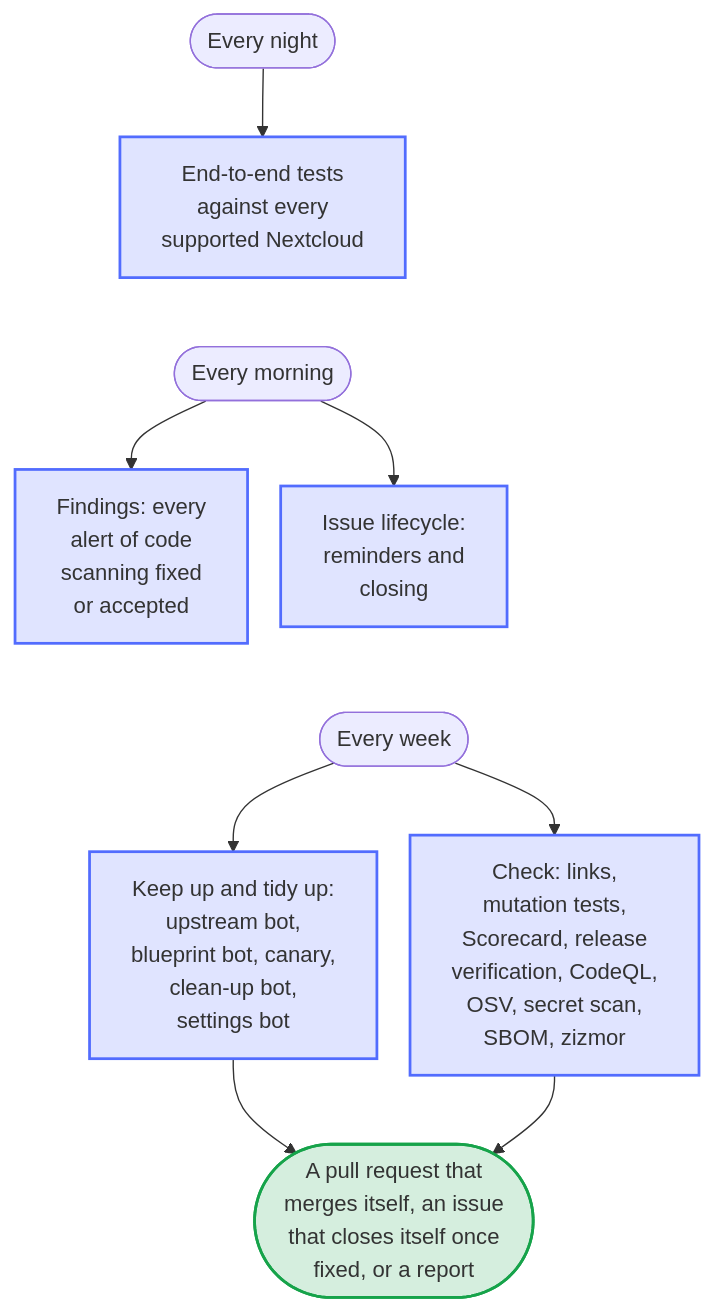
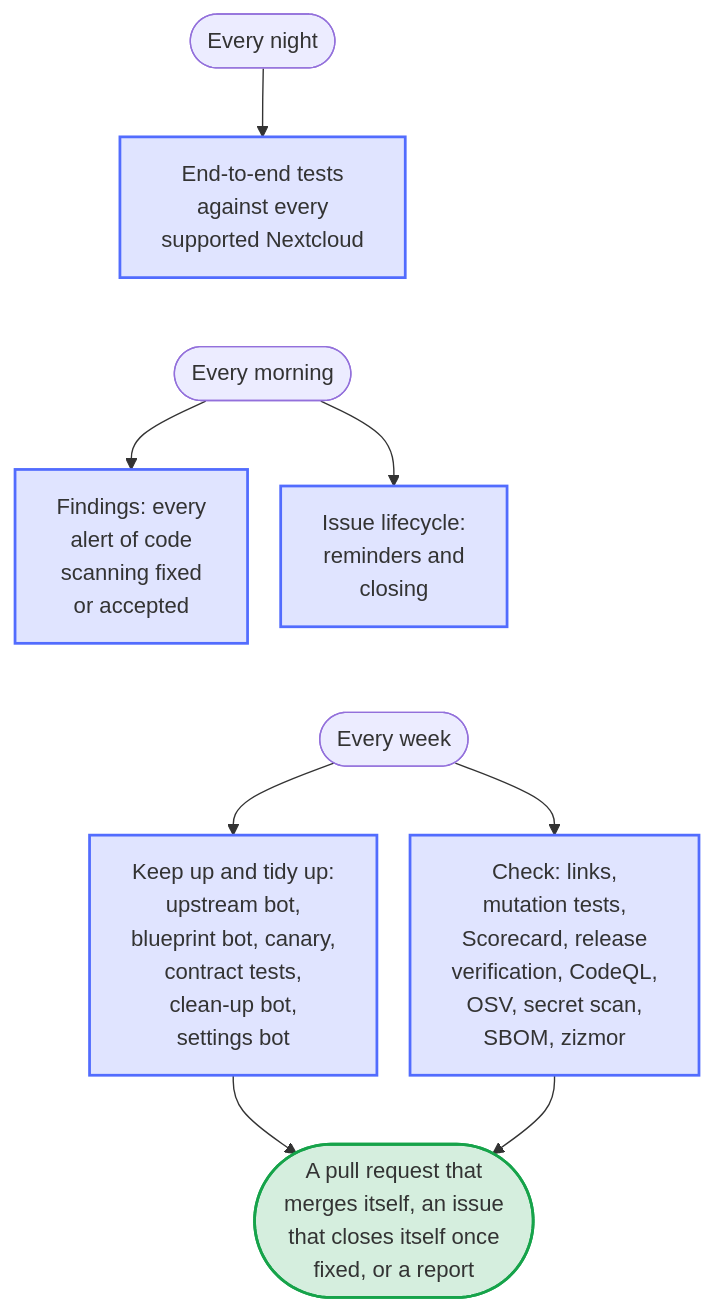
One commit to Dennis-Otto/paperless-sync changed the diagram in docs/diagrams/what-the-bots-do-on-their-own.mmd. Above: the diagram before and after it, drawn with Mermaid. The commit also changed 66 other files, not shown here.

First line of the commit message:
test: contract tests against real Paperless-ngx 2.20 and 3.x (#159)

```diff
--- a/docs/diagrams/what-the-bots-do-on-their-own.mmd
+++ b/docs/diagrams/what-the-bots-do-on-their-own.mmd
@@ -1,31 +1,31 @@
 ---
 config:
   flowchart:
     nodeSpacing: 24
 ---
 flowchart TB
     accTitle: What the bots do on their own
-    accDescr: Every night, the end-to-end tests run against every supported Nextcloud, as its images move with each point release. Every morning, the findings bot keeps every alert of code scanning fixed or accepted, and the issue lifecycle sends its reminders and closes what is due. Every week, the upstream bot and the blueprint bot open pull requests for a new Nextcloud and a new blueprint, and the canary tests the coming Nextcloud; the link check, the mutation tests, the OpenSSF Scorecard, the release verification, CodeQL, OSV-Scanner, the secret scan of the whole history, the SBOM and zizmor check the repository; the clean-up bot and the settings bot tidy it up. All of it ends in a pull request that merges itself, an issue that closes itself once fixed, or a report. The bots are blue, and what comes out green.
+    accDescr: Every night, the end-to-end tests run against every supported Nextcloud, as its images move with each point release. Every morning, the findings bot keeps every alert of code scanning fixed or accepted, and the issue lifecycle sends its reminders and closes what is due. Every week, the upstream bot and the blueprint bot open pull requests for a new Nextcloud and a new blueprint, the canary tests the coming Nextcloud, and the contract tests check the app against a real Paperless-ngx 2.x and 3.x; the link check, the mutation tests, the OpenSSF Scorecard, the release verification, CodeQL, OSV-Scanner, the secret scan of the whole history, the SBOM and zizmor check the repository; the clean-up bot and the settings bot tidy it up. All of it ends in a pull request that merges itself, an issue that closes itself once fixed, or a report. The bots are blue, and what comes out green.
 
     night(["Every night"])
     e2e["End-to-end tests<br>against every<br>supported Nextcloud"]
     morning(["Every morning"])
     findings["Findings: every<br>alert of code<br>scanning fixed<br>or accepted"]
     lifecycle["Issue lifecycle:<br>reminders and<br>closing"]
     week(["Every week"])
-    keep["Keep up and tidy up:<br>upstream bot,<br>blueprint bot, canary,<br>clean-up bot,<br>settings bot"]
+    keep["Keep up and tidy up:<br>upstream bot,<br>blueprint bot, canary,<br>contract tests,<br>clean-up bot,<br>settings bot"]
     check["Check: links,<br>mutation tests,<br>Scorecard, release<br>verification, CodeQL,<br>OSV, secret scan,<br>SBOM, zizmor"]
     out(["A pull request that<br>merges itself, an issue<br>that closes itself once<br>fixed, or a report"])
 
     night --> e2e
     %% Invisible links stack the three times, so that the diagram stays narrow.
     e2e ~~~ morning
     morning --> findings & lifecycle
     lifecycle ~~~ week
     week --> keep & check
     keep & check --> out
 
     classDef bots fill:#526cfe2e,stroke:#526cfe,stroke-width:2px
     classDef result fill:#16a34a2e,stroke:#16a34a,stroke-width:2px
     class e2e,findings,lifecycle,keep,check bots
     class out result
```
